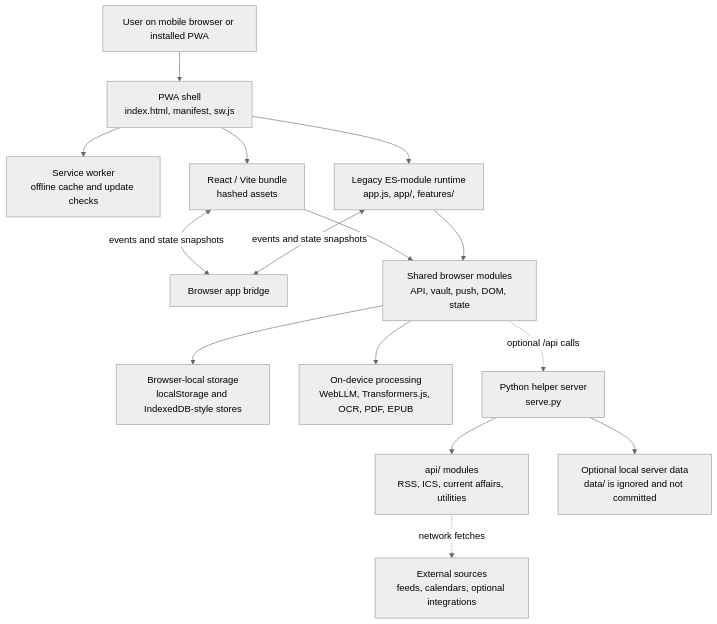
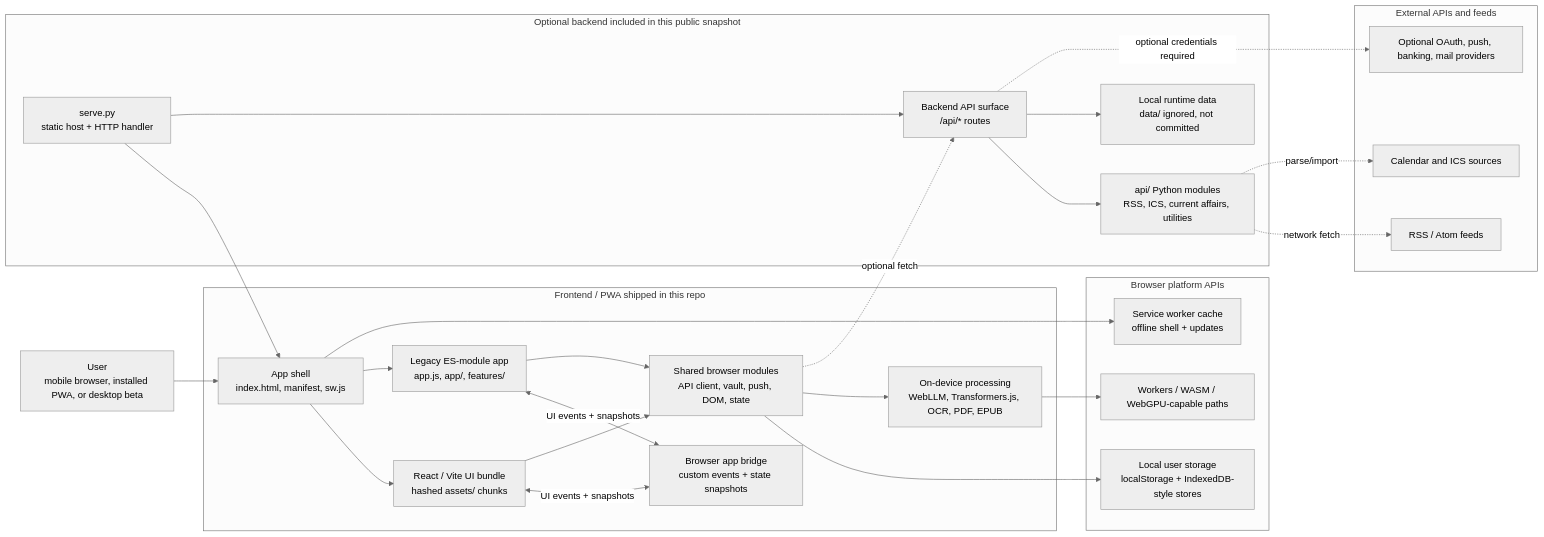
The diagram in README.md (Hari0810/cordyceps-public), drawn with Mermaid (neutral theme) before and after one commit. The commit also changed other lines of this file and 1 other file, not shown here.

Commit message:
Add desktop beta screenshot and README history

````diff
--- a/README.md
+++ b/README.md
@@ -31,20 +45,52 @@
 ```mermaid
-flowchart TD
-    User["User on mobile browser or installed PWA"] --> Shell["PWA shell<br/>index.html, manifest, sw.js"]
-    Shell --> ServiceWorker["Service worker<br/>offline cache and update checks"]
-    Shell --> React["React / Vite bundle<br/>hashed assets"]
-    Shell --> Legacy["Legacy ES-module runtime<br/>app.js, app/, features/"]
+flowchart LR
+    User["User<br/>mobile browser, installed PWA, or desktop beta"]
 
-    React <-->|events and state snapshots| Bridge["Browser app bridge"]
-    Legacy <-->|events and state snapshots| Bridge
+    subgraph Frontend["Frontend / PWA shipped in this repo"]
+        Shell["App shell<br/>index.html, manifest, sw.js"]
+        React["React / Vite UI bundle<br/>hashed assets/ chunks"]
+        Legacy["Legacy ES-module app<br/>app.js, app/, features/"]
+        Bridge["Browser app bridge<br/>custom events + state snapshots"]
+        Modules["Shared browser modules<br/>API client, vault, push, DOM, state"]
+        LocalAI["On-device processing<br/>WebLLM, Transformers.js, OCR, PDF, EPUB"]
+    end
 
-    React --> Modules["Shared browser modules<br/>API, vault, push, DOM, state"]
+    subgraph BrowserAPIs["Browser platform APIs"]
+        Cache["Service worker cache<br/>offline shell + updates"]
+        Storage["Local user storage<br/>localStorage + IndexedDB-style stores"]
+        Workers["Workers / WASM / WebGPU-capable paths"]
+    end
+
+    subgraph Backend["Optional backend included in this public snapshot"]
+        Helper["serve.py<br/>static host + HTTP handler"]
+        ApiRoutes["Backend API surface<br/>/api/* routes"]
+        ApiModules["api/ Python modules<br/>RSS, ICS, current affairs, utilities"]
+        RuntimeData["Local runtime data<br/>data/ ignored, not committed"]
+    end
+
+    subgraph External["External APIs and feeds"]
+        Feeds["RSS / Atom feeds"]
+        Calendars["Calendar and ICS sources"]
+        Integrations["Optional OAuth, push, banking, mail providers"]
+    end
+
+    User --> Shell
+    Shell --> React
+    Shell --> Legacy
+    Shell --> Cache
+    React <-->|UI events + snapshots| Bridge
+    Legacy <-->|UI events + snapshots| Bridge
+    React --> Modules
     Legacy --> Modules
-    Modules --> Storage["Browser-local storage<br/>localStorage and IndexedDB-style stores"]
-    Modules --> LocalAI["On-device processing<br/>WebLLM, Transformers.js, OCR, PDF, EPUB"]
-
-    Modules -. optional /api calls .-> Helper["Python helper server<br/>serve.py"]
-    Helper --> ApiModules["api/ modules<br/>RSS, ICS, current affairs, utilities"]
-    Helper --> ServerData["Optional local server data<br/>data/ is ignored and not committed"]
-    ApiModules -. network fetches .-> External["External sources<br/>feeds, calendars, optional integrations"]
+    Modules --> Storage
+    Modules --> LocalAI
+    LocalAI --> Workers
+    Modules -. optional fetch .-> ApiRoutes
+    Helper --> Shell
+    Helper --> ApiRoutes
+    ApiRoutes --> ApiModules
+    ApiRoutes --> RuntimeData
+    ApiModules -. network fetch .-> Feeds
+    ApiModules -. parse/import .-> Calendars
+    ApiRoutes -. optional credentials required .-> Integrations
 ```
````
